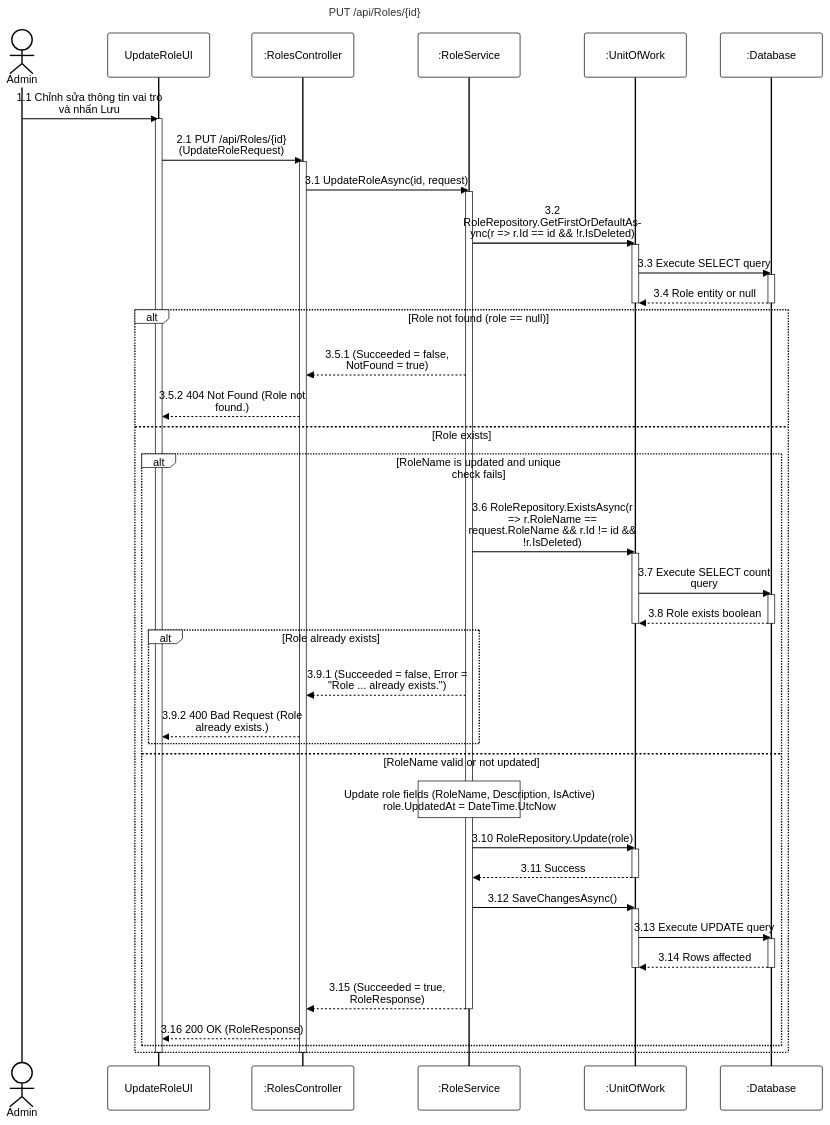
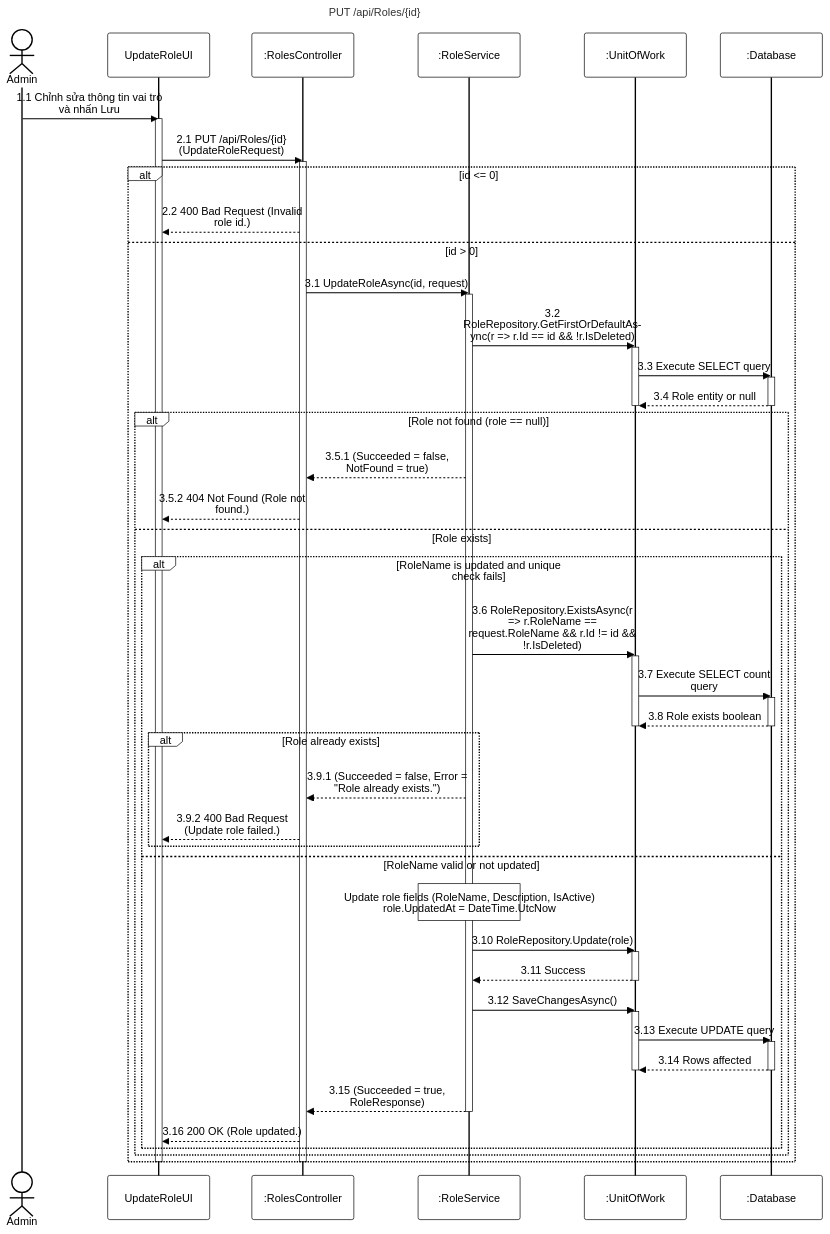
One commit to PhucAnDev/docx-diagram changed the diagram in 02-user-role-management/sequence-diagram/apis/update-role.mmd. Above: the diagram before and after it, drawn with Mermaid. The commit also changed 13 other files, not shown here.

Commit message:
fix: update sequence diagrams for users and roles to align actors and validation with code

```diff
--- a/02-user-role-management/sequence-diagram/apis/update-role.mmd
+++ b/02-user-role-management/sequence-diagram/apis/update-role.mmd
@@ -1,66 +1,70 @@
 %%{init: {'theme':'base', 'themeVariables': {'actorBkg':'#ffffff','actorBorder':'#000000','actorTextColor':'#000000','actorLineColor':'#000000','signalColor':'#000000','signalTextColor':'#000000','labelBoxBkgColor':'#ffffff','labelBoxBorderColor':'#000000','labelTextColor':'#000000','loopTextColor':'#000000','noteBkgColor':'#ffffff','noteBorderColor':'#000000','noteTextColor':'#000000','activationBorderColor':'#000000','activationBkgColor':'#ffffff','sequenceNumberColor':'#000000'}, 'sequence': {'width':150,'height':65,'actorFontSize':16,'messageFontSize':16,'wrap':true,'wrapPadding':10}}}%%
 sequenceDiagram
     title PUT /api/Roles/{id}
     actor Admin as Admin
     participant UI as UpdateRoleUI
     participant Endpoint as :RolesController
     participant Service as :RoleService
     participant DB as :UnitOfWork
     participant Database as :Database
 
     Admin->>UI: 1.1 Chỉnh sửa thông tin vai trò và nhấn Lưu
     activate UI
     UI->>Endpoint: 2.1 PUT /api/Roles/{id} (UpdateRoleRequest)
     activate Endpoint
 
-    Endpoint->>Service: 3.1 UpdateRoleAsync(id, request)
-    activate Service
+    alt id <= 0
+        Endpoint-->>UI: 2.2 400 Bad Request (Invalid role id.)
+    else id > 0
+        Endpoint->>Service: 3.1 UpdateRoleAsync(id, request)
+        activate Service
 
-    Service->>DB: 3.2 RoleRepository.GetFirstOrDefaultAsync(r => r.Id == id && !r.IsDeleted)
-    activate DB
-    DB->>Database: 3.3 Execute SELECT query
-    activate Database
-    Database-->>DB: 3.4 Role entity or null
-    deactivate Database
-    deactivate DB
+        Service->>DB: 3.2 RoleRepository.GetFirstOrDefaultAsync(r => r.Id == id && !r.IsDeleted)
+        activate DB
+        DB->>Database: 3.3 Execute SELECT query
+        activate Database
+        Database-->>DB: 3.4 Role entity or null
+        deactivate Database
+        deactivate DB
 
-    alt Role not found (role == null)
-        Service-->>Endpoint: 3.5.1 (Succeeded = false, NotFound = true)
-        Endpoint-->>UI: 3.5.2 404 Not Found (Role not found.)
-    else Role exists
-        alt RoleName is updated and unique check fails
-            Service->>DB: 3.6 RoleRepository.ExistsAsync(r => r.RoleName == request.RoleName && r.Id != id && !r.IsDeleted)
-            activate DB
-            DB->>Database: 3.7 Execute SELECT count query
-            activate Database
-            Database-->>DB: 3.8 Role exists boolean
-            deactivate Database
-            deactivate DB
+        alt Role not found (role == null)
+            Service-->>Endpoint: 3.5.1 (Succeeded = false, NotFound = true)
+            Endpoint-->>UI: 3.5.2 404 Not Found (Role not found.)
+        else Role exists
+            alt RoleName is updated and unique check fails
+                Service->>DB: 3.6 RoleRepository.ExistsAsync(r => r.RoleName == request.RoleName && r.Id != id && !r.IsDeleted)
+                activate DB
+                DB->>Database: 3.7 Execute SELECT count query
+                activate Database
+                Database-->>DB: 3.8 Role exists boolean
+                deactivate Database
+                deactivate DB
 
-            alt Role already exists
-                Service-->>Endpoint: 3.9.1 (Succeeded = false, Error = "Role ... already exists.")
-                Endpoint-->>UI: 3.9.2 400 Bad Request (Role already exists.)
+                alt Role already exists
+                    Service-->>Endpoint: 3.9.1 (Succeeded = false, Error = "Role already exists.")
+                    Endpoint-->>UI: 3.9.2 400 Bad Request (Update role failed.)
+                end
+            else RoleName valid or not updated
+                note over Service: Update role fields (RoleName, Description, IsActive)<br/>role.UpdatedAt = DateTime.UtcNow
+                
+                Service->>DB: 3.10 RoleRepository.Update(role)
+                activate DB
+                DB-->>Service: 3.11 Success
+                deactivate DB
+
+                Service->>DB: 3.12 SaveChangesAsync()
+                activate DB
+                DB->>Database: 3.13 Execute UPDATE query
+                activate Database
+                Database-->>DB: 3.14 Rows affected
+                deactivate Database
+                deactivate DB
+
+                Service-->>Endpoint: 3.15 (Succeeded = true, RoleResponse)
+                deactivate Service
+                Endpoint-->>UI: 3.16 200 OK (Role updated.)
             end
-        else RoleName valid or not updated
-            note over Service: Update role fields (RoleName, Description, IsActive)<br/>role.UpdatedAt = DateTime.UtcNow
-            
-            Service->>DB: 3.10 RoleRepository.Update(role)
-            activate DB
-            DB-->>Service: 3.11 Success
-            deactivate DB
-
-            Service->>DB: 3.12 SaveChangesAsync()
-            activate DB
-            DB->>Database: 3.13 Execute UPDATE query
-            activate Database
-            Database-->>DB: 3.14 Rows affected
-            deactivate Database
-            deactivate DB
-
-            Service-->>Endpoint: 3.15 (Succeeded = true, RoleResponse)
-            deactivate Service
-            Endpoint-->>UI: 3.16 200 OK (RoleResponse)
         end
     end
     deactivate Endpoint
     deactivate UI
```
